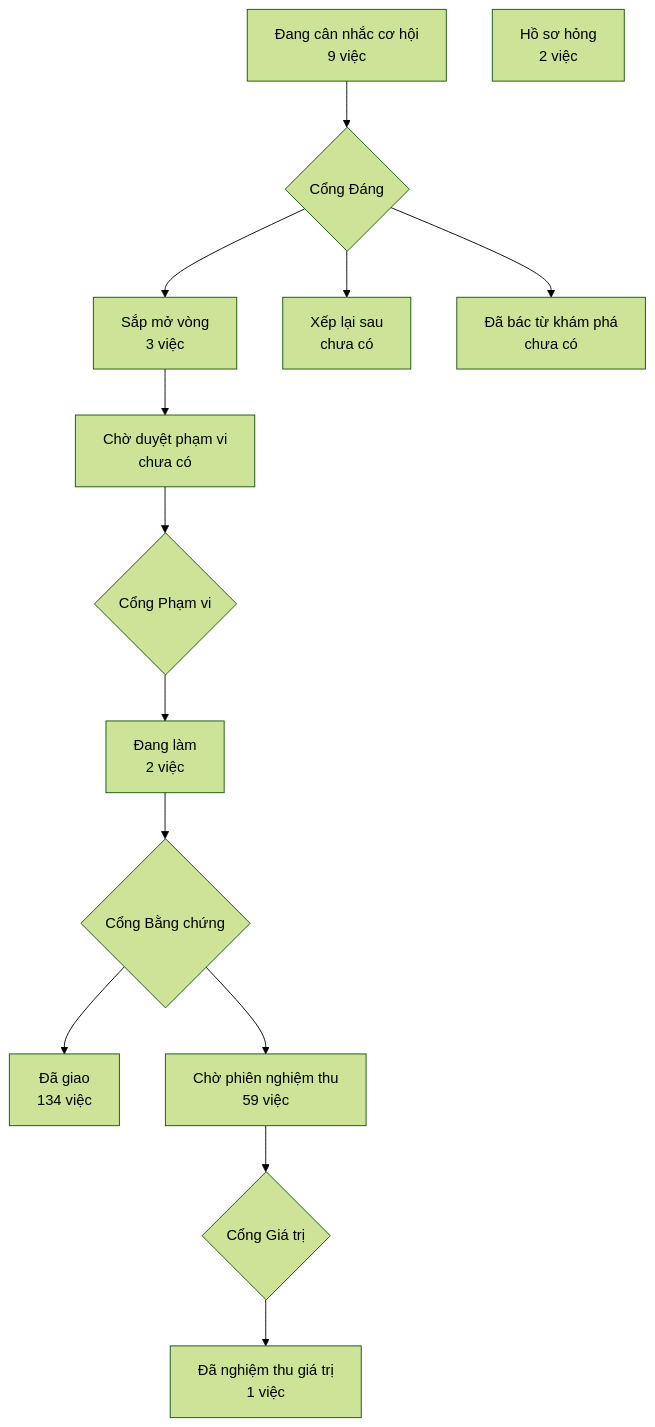
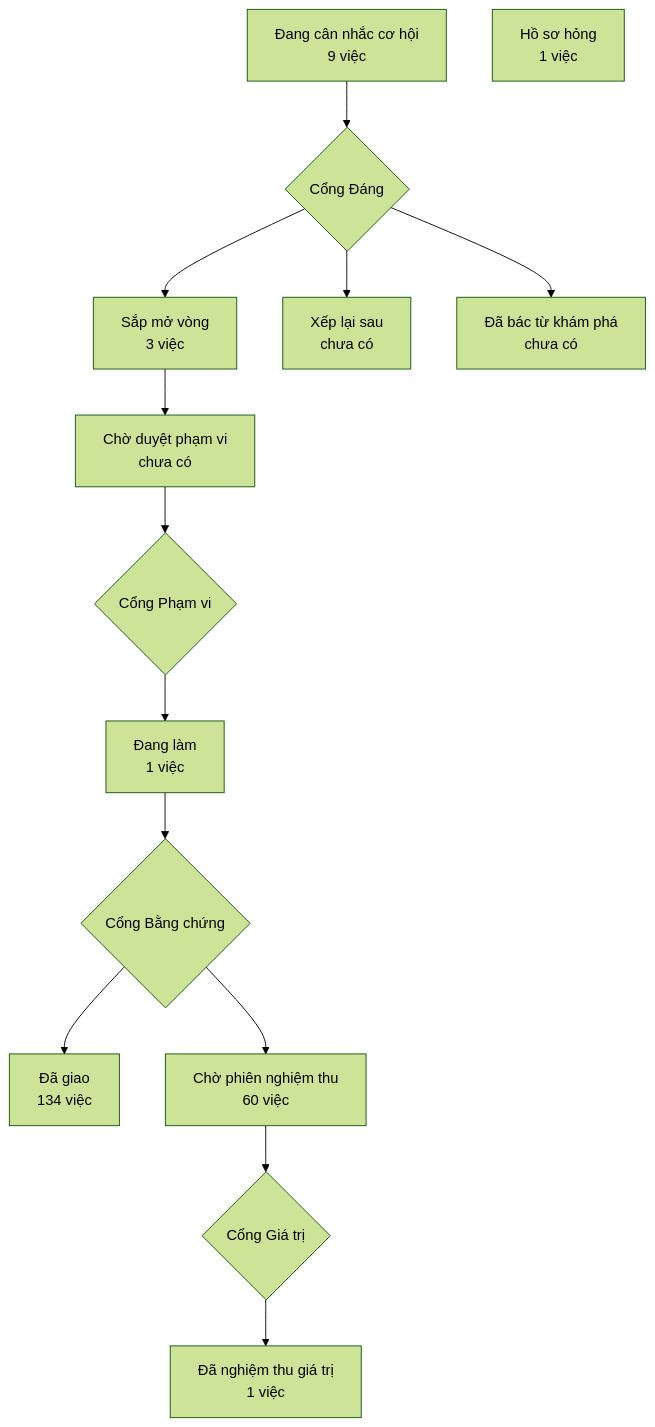
The diagram in PRODUCT-MAP.md (phanlemanh/crm-onehub), drawn with Mermaid (forest theme) before and after one commit. The commit also changed other lines of this file and 4 other files, not shown here.

````diff
--- a/PRODUCT-MAP.md
+++ b/PRODUCT-MAP.md
@@ -7,13 +7,13 @@
 ```mermaid
 flowchart TD
   A["Đang cân nhắc cơ hội<br/>9 việc"] --> GD{"Cổng Đáng"}
   GD --> B["Sắp mở vòng<br/>3 việc"]
   GD --> XL["Xếp lại sau<br/>chưa có"]
   GD --> DB["Đã bác từ khám phá<br/>chưa có"]
   B --> CD["Chờ duyệt phạm vi<br/>chưa có"] --> GP{"Cổng Phạm vi"}
-  GP --> DL["Đang làm<br/>2 việc"] --> GB{"Cổng Bằng chứng"}
+  GP --> DL["Đang làm<br/>1 việc"] --> GB{"Cổng Bằng chứng"}
   GB --> DG["Đã giao<br/>134 việc"]
-  GB --> CN["Chờ phiên nghiệm thu<br/>59 việc"] --> GG{"Cổng Giá trị"}
+  GB --> CN["Chờ phiên nghiệm thu<br/>60 việc"] --> GG{"Cổng Giá trị"}
   GG --> NT["Đã nghiệm thu giá trị<br/>1 việc"]
-  HS["Hồ sơ hỏng<br/>2 việc"]
+  HS["Hồ sơ hỏng<br/>1 việc"]
 ```
````
